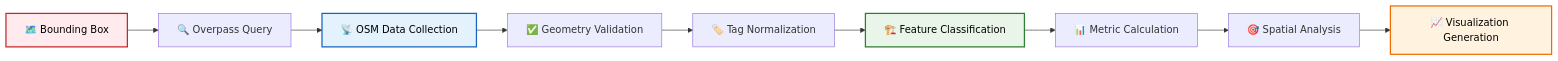
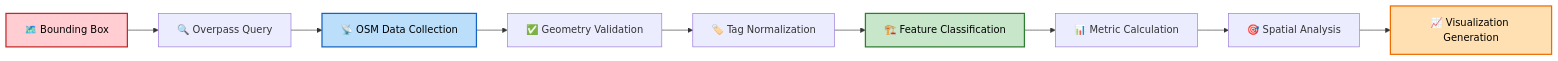
One commit to gregorizeidler/osm-urban-growth-analyzer changed the second of 4 diagrams in README.md. Above: the diagram before and after it, drawn with Mermaid. The commit also changed other lines of this file, not shown here.

First line of the commit message:
📊 Improve diagram readability

````diff
--- a/README.md
+++ b/README.md
@@ -90,16 +90,16 @@
 ```mermaid
 graph LR
     A[🗺️ Bounding Box] --> B[🔍 Overpass Query]
     B --> C[📡 OSM Data Collection]
     C --> D[✅ Geometry Validation]
     D --> E[🏷️ Tag Normalization]
     E --> F[🏗️ Feature Classification]
     F --> G[📊 Metric Calculation]
     G --> H[🎯 Spatial Analysis]
     H --> I[📈 Visualization Generation]
     
-    style A fill:#ffebee,stroke:#c62828,stroke-width:2px,color:#000
-    style C fill:#e3f2fd,stroke:#1565c0,stroke-width:2px,color:#000
-    style F fill:#e8f5e8,stroke:#2e7d32,stroke-width:2px,color:#000
-    style I fill:#fff3e0,stroke:#ef6c00,stroke-width:2px,color:#000
+    style A fill:#ffcdd2,stroke:#c62828,stroke-width:2px,color:#000
+    style C fill:#bbdefb,stroke:#1565c0,stroke-width:2px,color:#000
+    style F fill:#c8e6c9,stroke:#2e7d32,stroke-width:2px,color:#000
+    style I fill:#ffe0b2,stroke:#ef6c00,stroke-width:2px,color:#000
 ```
````
